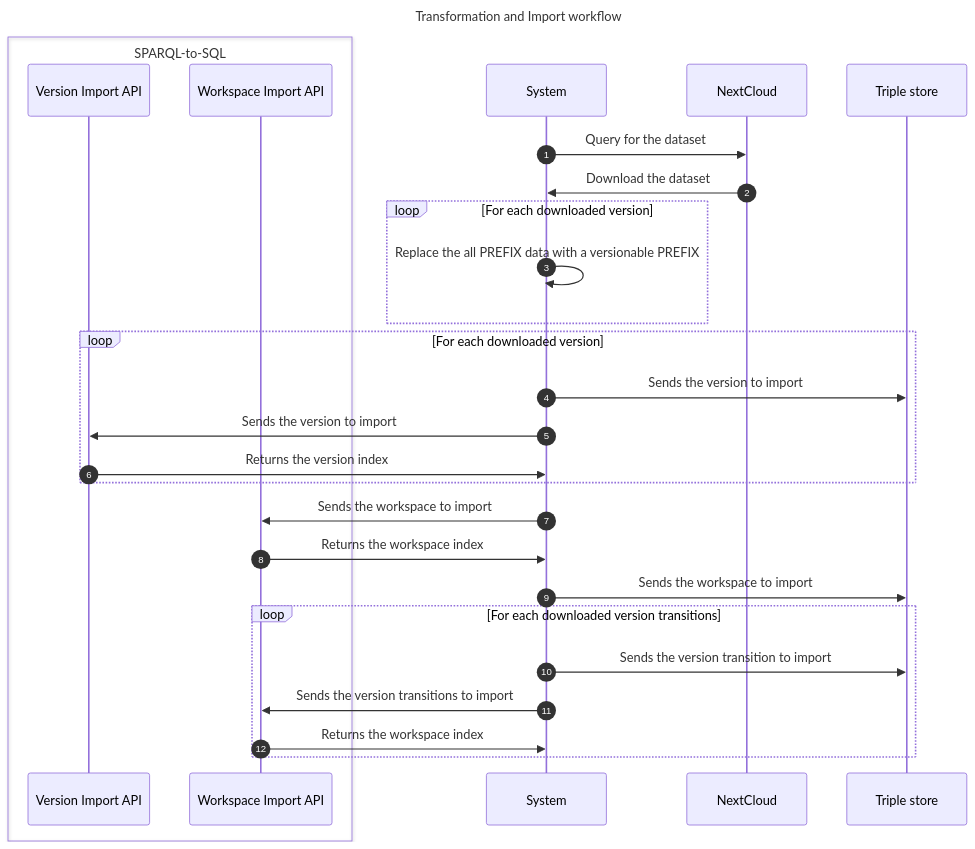
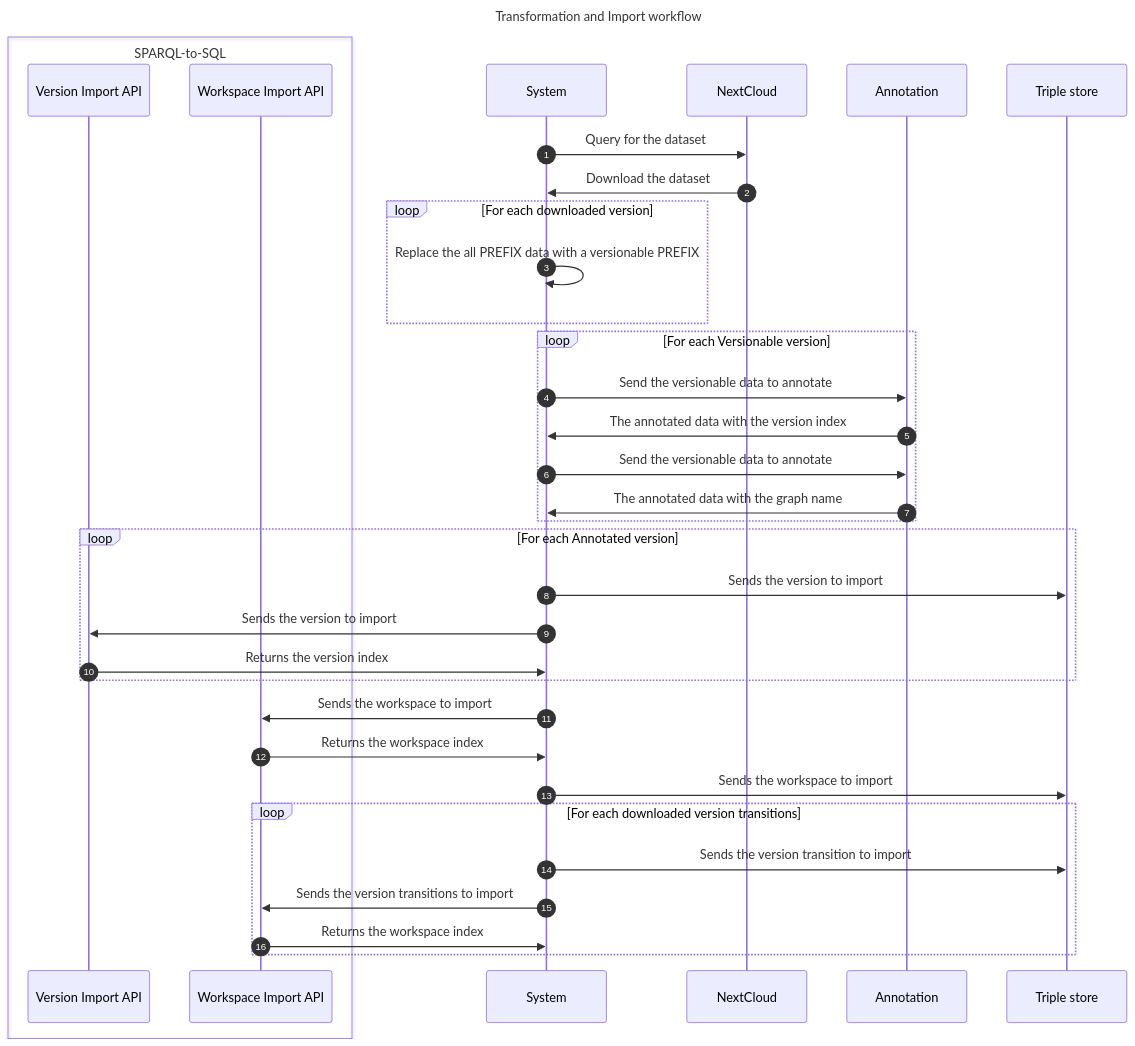
The fourth of 4 diagrams in Readme.md (VCityTeam/ConVer-G), drawn with Mermaid before and after one commit. The commit also changed 41 other files, not shown here.

````diff
--- a/Readme.md
+++ b/Readme.md
@@ -176,32 +176,38 @@
 ```mermaid
 sequenceDiagram
   title Transformation and Import workflow
   autonumber
   box SPARQL-to-SQL
     participant Version Import API
     participant Workspace Import API
   end
 
   System->>NextCloud: Query for the dataset
   NextCloud->>System: Download the dataset
   loop For each downloaded version
     System->>System: Replace the all PREFIX data with a versionable PREFIX
   end
-  loop For each downloaded version
+  loop For each Versionable version
+    System->>Annotation: Send the versionable data to annotate
+    Annotation->>System: The annotated data with the version index
+    System->>Annotation: Send the versionable data to annotate
+    Annotation->>System: The annotated data with the graph name
+  end
+  loop For each Annotated version
     System->>Triple store: Sends the version to import
 
     System->>Version Import API: Sends the version to import
     Version Import API->>System: Returns the version index
   end
 
   System->>Workspace Import API: Sends the workspace to import
   Workspace Import API->>System: Returns the workspace index
   System->>Triple store: Sends the workspace to import
   
   loop For each downloaded version transitions
     System->>Triple store: Sends the version transition to import
 
     System->>Workspace Import API: Sends the version transitions to import
     Workspace Import API->>System: Returns the workspace index
   end
 ```
````
